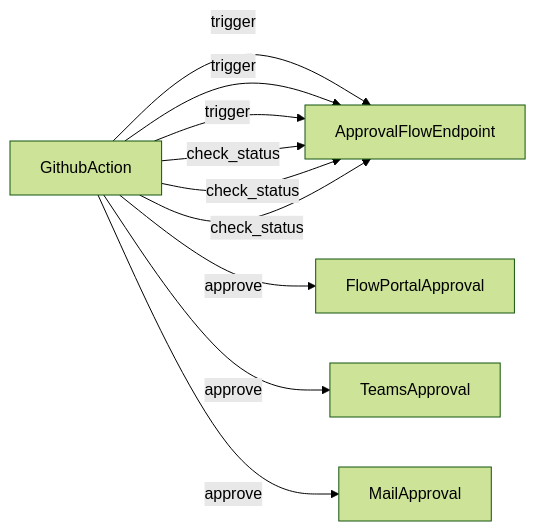
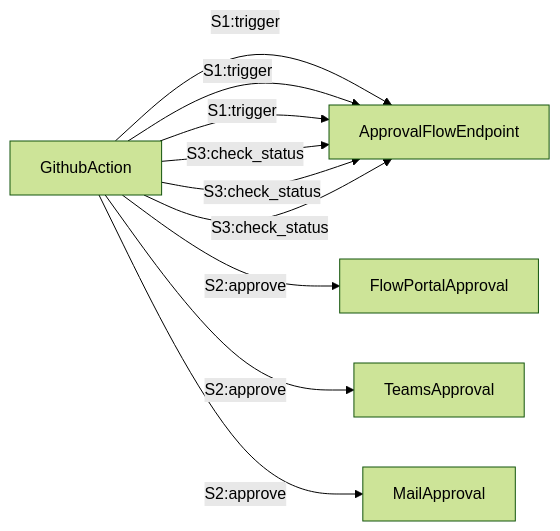
Before and after one commit to jianxu42/E2E-Approval-Flow: the diagram in README.md, drawn with Mermaid (forest theme).

````diff
--- a/README.md
+++ b/README.md
@@ -6,12 +6,12 @@
 ```mermaid
 graph LR
-    Playwright[GithubAction]--trigger-->ApprovalFlowEndpoint;
-    Playwright[GithubAction]--trigger-->ApprovalFlowEndpoint;
-    Playwright[GithubAction]--trigger-->ApprovalFlowEndpoint;
-    Playwright[GithubAction]--approve-->FlowPortalApproval;
-    Playwright[GithubAction]--approve-->TeamsApproval;
-    Playwright[GithubAction]--approve-->MailApproval;
-    Playwright[GithubAction]--check_status-->ApprovalFlowEndpoint;
-    Playwright[GithubAction]--check_status-->ApprovalFlowEndpoint;
-    Playwright[GithubAction]--check_status-->ApprovalFlowEndpoint;
+    Playwright[GithubAction]--S1:trigger-->ApprovalFlowEndpoint;
+    Playwright[GithubAction]--S1:trigger-->ApprovalFlowEndpoint;
+    Playwright[GithubAction]--S1:trigger-->ApprovalFlowEndpoint;
+    Playwright[GithubAction]--S2:approve-->FlowPortalApproval;
+    Playwright[GithubAction]--S2:approve-->TeamsApproval;
+    Playwright[GithubAction]--S2:approve-->MailApproval;
+    Playwright[GithubAction]--S3:check_status-->ApprovalFlowEndpoint;
+    Playwright[GithubAction]--S3:check_status-->ApprovalFlowEndpoint;
+    Playwright[GithubAction]--S3:check_status-->ApprovalFlowEndpoint;
 ```
````
